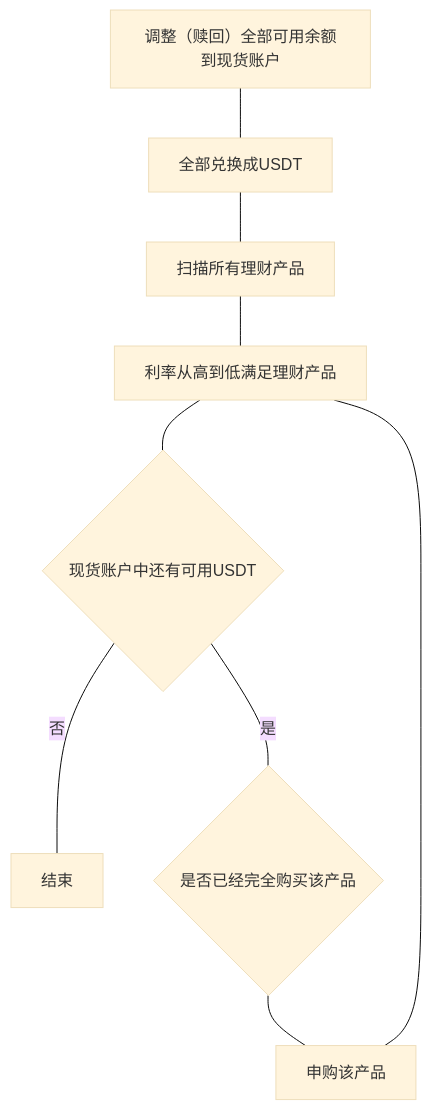
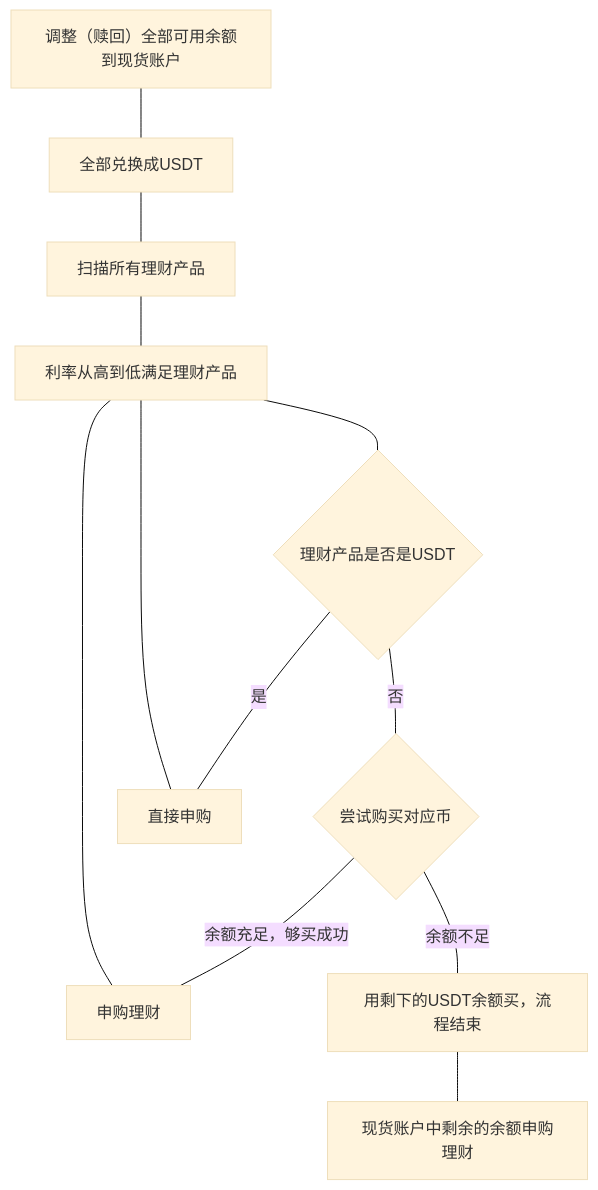
One commit to chesha1/binance-earn-helper changed the diagram in README.md. Above: the diagram before and after it, drawn with Mermaid (base theme). The commit also changed 1 other file, not shown here.

Commit message:
feat: 更新 README 中的流程图，优化服务逻辑，增加详细的日志记录以便于调试和监控

````diff
--- a/README.md
+++ b/README.md
@@ -8,19 +8,26 @@
 ```mermaid
 graph TD
-    A["利率从高到低满足理财产品"]
-    B["申购该产品"]
-    n1["全部兑换成USDT"]
-    n2{"现货账户中还有可用USDT"}
-    n3["结束"]
-    n4{是否已经完全购买该产品}
-    n5["扫描所有理财产品"]
-    Z["调整（赎回）全部可用余额到现货账户"]
-    A --- n2
-    n2 ---|"否"| n3
-    n2 ---|"是"| n4
-	n5 --- A
-	Z --- n1
-	n1 --- n5
-	B --- A
-	n4 --- B
+    productRanking["利率从高到低满足理财产品"]
+    subscribeProduct["申购理财"]
+    convertAllToUSDT["全部兑换成USDT"]
+    isProductUSDT{"理财产品是否是USDT"}
+    purchaseAttempt{"尝试购买对应币"}
+    scanAllProducts["扫描所有理财产品"]
+    redeemToSpot["调整（赎回）全部可用余额到现货账户"]
+    directSubscribe["直接申购"]
+    endProcess["用剩下的USDT余额买，流程结束"]
+    remainingBalanceSubscribe["现货账户中剩余的余额申购理财"]
+
+    productRanking --- isProductUSDT
+    isProductUSDT ---|否| purchaseAttempt
+    scanAllProducts --- productRanking
+    redeemToSpot --- convertAllToUSDT
+    convertAllToUSDT --- scanAllProducts
+    subscribeProduct --- productRanking
+    purchaseAttempt ---|余额充足，够买成功| subscribeProduct
+    isProductUSDT ---|是| directSubscribe
+    directSubscribe --- productRanking
+    purchaseAttempt ---|余额不足| endProcess
+    endProcess --- remainingBalanceSubscribe
+
 ```
````
